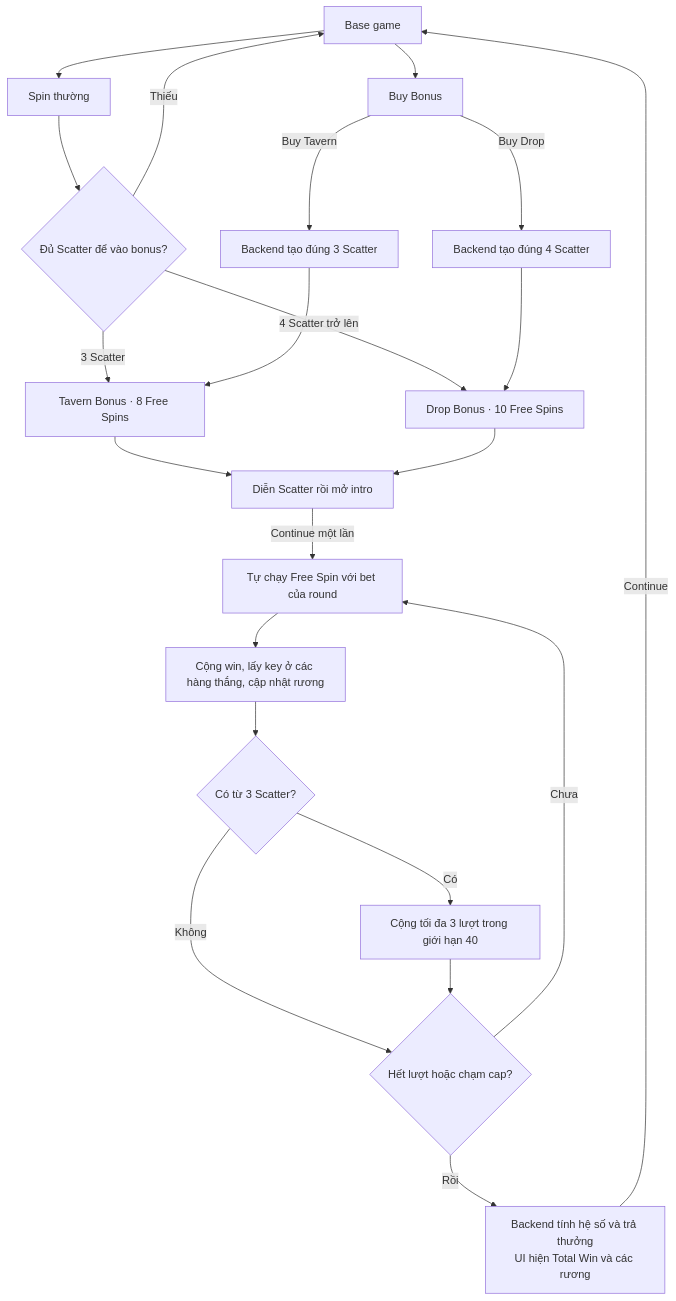
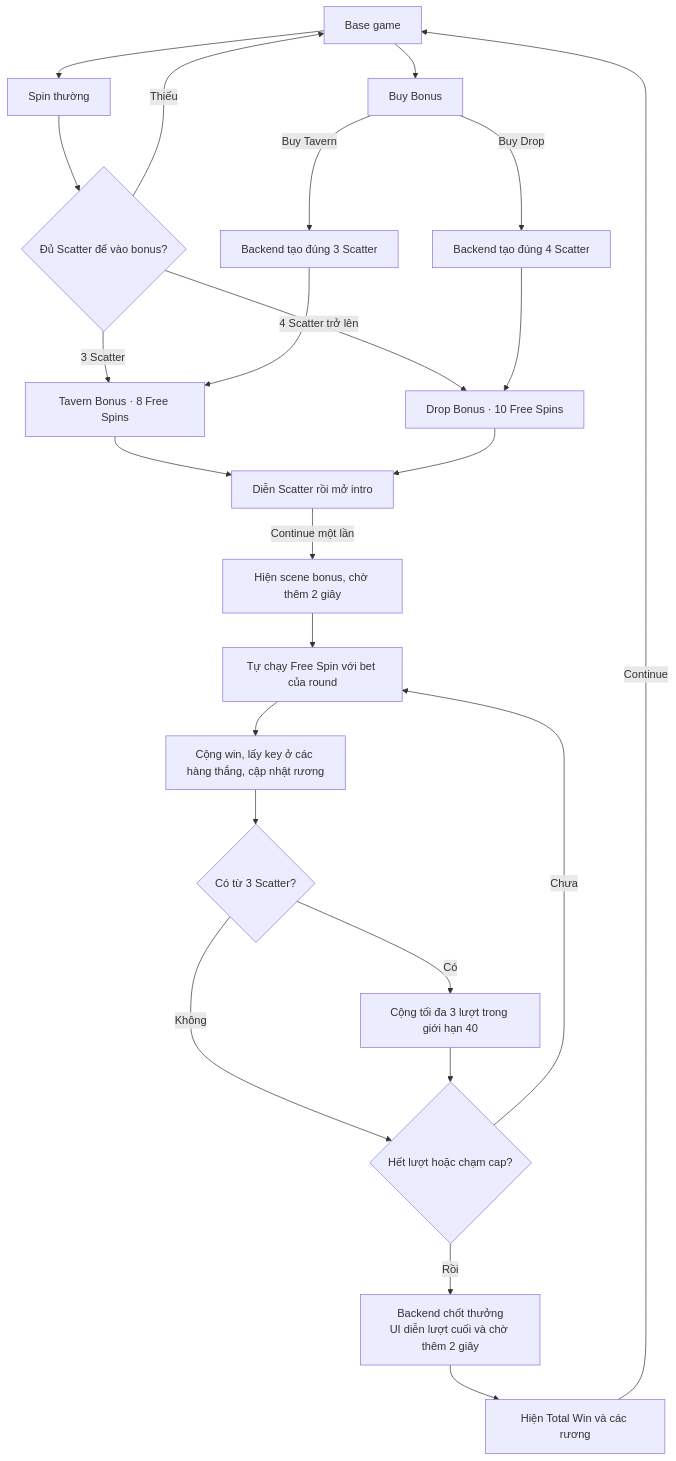
The fourth of 5 diagrams in docs/framework-classes-and-tavern-runtime.md (phuocthan/TarvernDropTPT), drawn with Mermaid before and after one commit. The commit also changed 9 other files, not shown here.

````diff
--- a/docs/framework-classes-and-tavern-runtime.md
+++ b/docs/framework-classes-and-tavern-runtime.md
@@ -181,24 +181,26 @@
 ```mermaid
 flowchart TD
     Base["Base game"] --> Spin["Spin thường"]
     Base --> Buy["Buy Bonus"]
     Spin --> Trigger{"Đủ Scatter để vào bonus?"}
     Trigger -->|Thiếu| Base
     Trigger -->|3 Scatter| Tavern["Tavern Bonus · 8 Free Spins"]
     Trigger -->|4 Scatter trở lên| Drop["Drop Bonus · 10 Free Spins"]
     Buy -->|Buy Tavern| Three["Backend tạo đúng 3 Scatter"]
     Buy -->|Buy Drop| Four["Backend tạo đúng 4 Scatter"]
     Three --> Tavern
     Four --> Drop
     Tavern --> Intro["Diễn Scatter rồi mở intro"]
     Drop --> Intro
-    Intro -->|Continue một lần| Auto["Tự chạy Free Spin với bet của round"]
+    Intro -->|Continue một lần| StartDelay["Hiện scene bonus, chờ thêm 2 giây"]
+    StartDelay --> Auto["Tự chạy Free Spin với bet của round"]
     Auto --> Collect["Cộng win, lấy key ở các hàng thắng, cập nhật rương"]
     Collect --> Retrigger{"Có từ 3 Scatter?"}
     Retrigger -->|Có| Extra["Cộng tối đa 3 lượt trong giới hạn 40"]
     Retrigger -->|Không| Finish
     Extra --> Finish{"Hết lượt hoặc chạm cap?"}
     Finish -->|Chưa| Auto
-    Finish -->|Rồi| Total["Backend tính hệ số và trả thưởng<br/>UI hiện Total Win và các rương"]
+    Finish -->|Rồi| EndDelay["Backend chốt thưởng<br/>UI diễn lượt cuối và chờ thêm 2 giây"]
+    EndDelay --> Total["Hiện Total Win và các rương"]
     Total -->|Continue| Base
 ```
````
